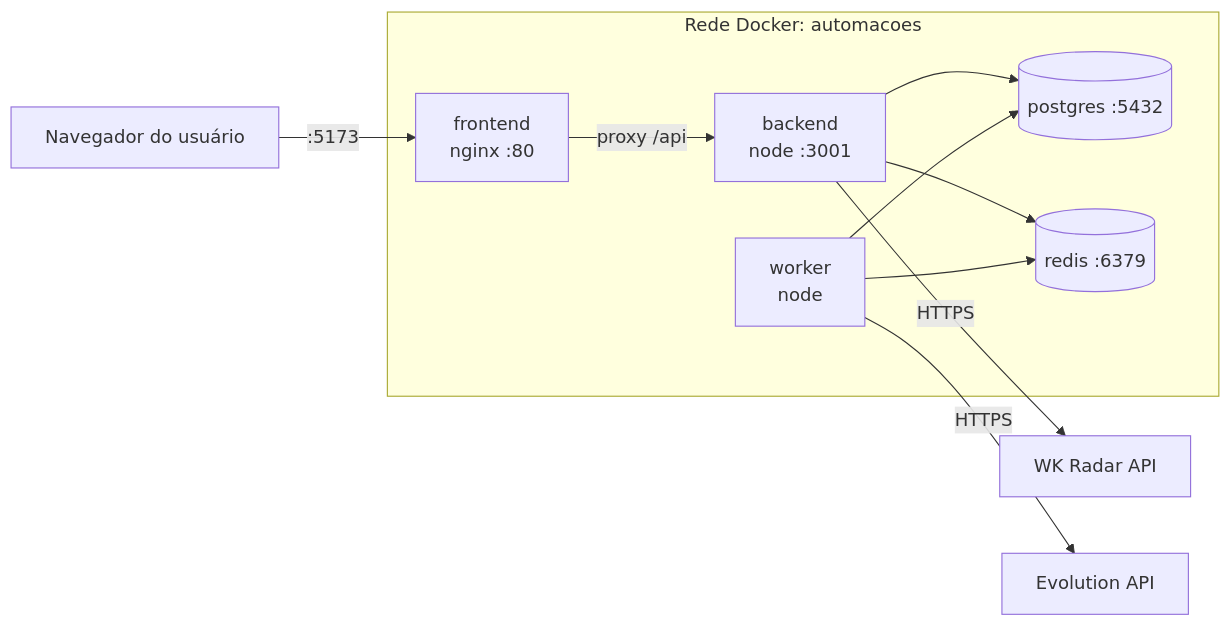
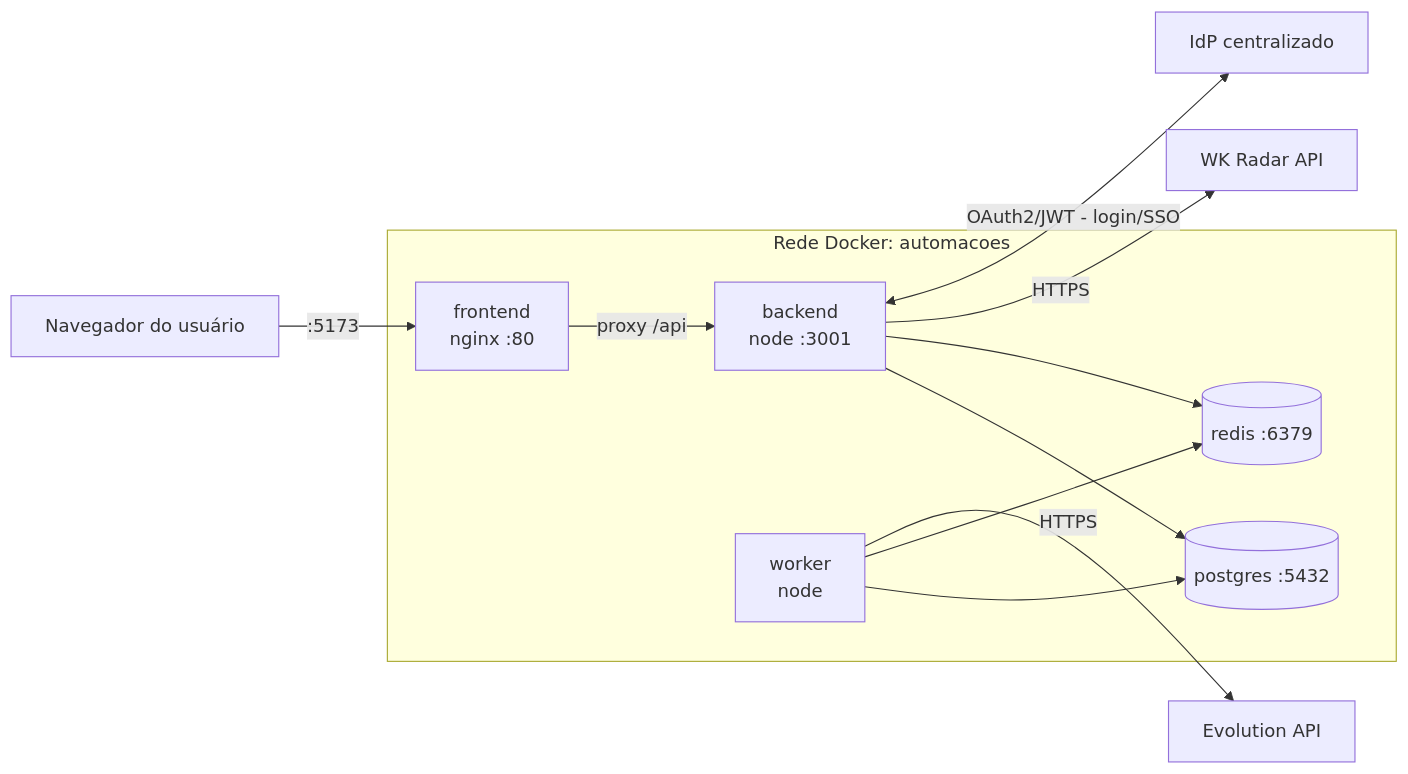
One commit to JVictorFreitasM/contracheque-bot changed the second of 2 diagrams in README.md. Above: the diagram before and after it, drawn with Mermaid. The commit also changed other lines of this file and 12 other files, not shown here.

````diff
--- a/README.md
+++ b/README.md
@@ -58,14 +60,15 @@
 ```mermaid
 flowchart LR
     subgraph Docker [Rede Docker: automacoes]
         FE[frontend\nnginx :80] -->|proxy /api| BE[backend\nnode :3001]
         BE --> PG[(postgres :5432)]
         BE --> RD[(redis :6379)]
         WK[worker\nnode] --> PG
         WK --> RD
     end
 
     User[Navegador do usuário] -->|":5173"| FE
     BE -->|HTTPS| WKR[WK Radar API]
     WK -->|HTTPS| EVO[Evolution API]
+    BE <-->|OAuth2/JWT - login/SSO| IDP[IdP centralizado]
 ```
````
